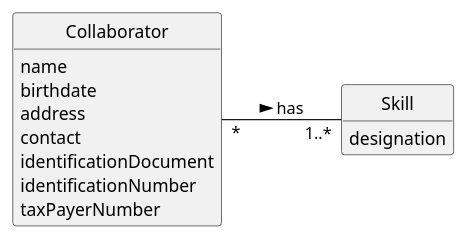
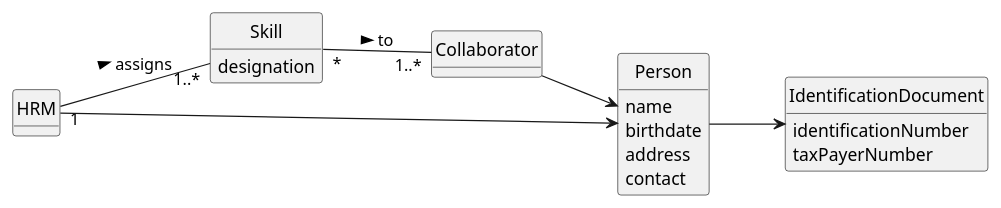
Before and after one commit to ricardomm7/leaflink: the diagram in docs/sprintA/us004/02.analysis/puml/us004-domain-model.puml, drawn with PlantUML. The commit also changed 17 other files, not shown here.

```diff
--- a/docs/sprintA/us004/02.analysis/puml/us004-domain-model.puml
+++ b/docs/sprintA/us004/02.analysis/puml/us004-domain-model.puml
@@ -1,27 +1,40 @@
 @startuml
 skinparam monochrome true
 skinparam packageStyle rectangle
 skinparam shadowing false
 
 skinparam classAttributeIconSize 0
 left to right direction
 
 hide circle
 hide methods
 
+class HRM {
+}
+
 class Skill {
     designation
 }
 
 class Collaborator {
+
+}
+class Person {
     name
     birthdate
     address
     contact
-    identificationDocument
-    identificationNumber
-    taxPayerNumber
+
 }
 
-Collaborator "*" -- "1..*" Skill : has >
+class IdentificationDocument{
+  identificationNumber
+  taxPayerNumber
+}
+HRM "1" -- "1..*" Skill : assigns >
+HRM  -->  Person
+Collaborator  -->  Person
+Person  -->  IdentificationDocument
+
+Skill "*" -- "1..*" Collaborator : to >
 @enduml
```
